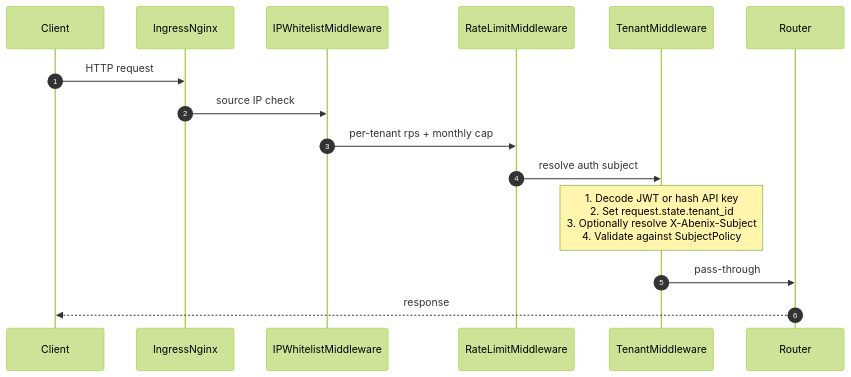
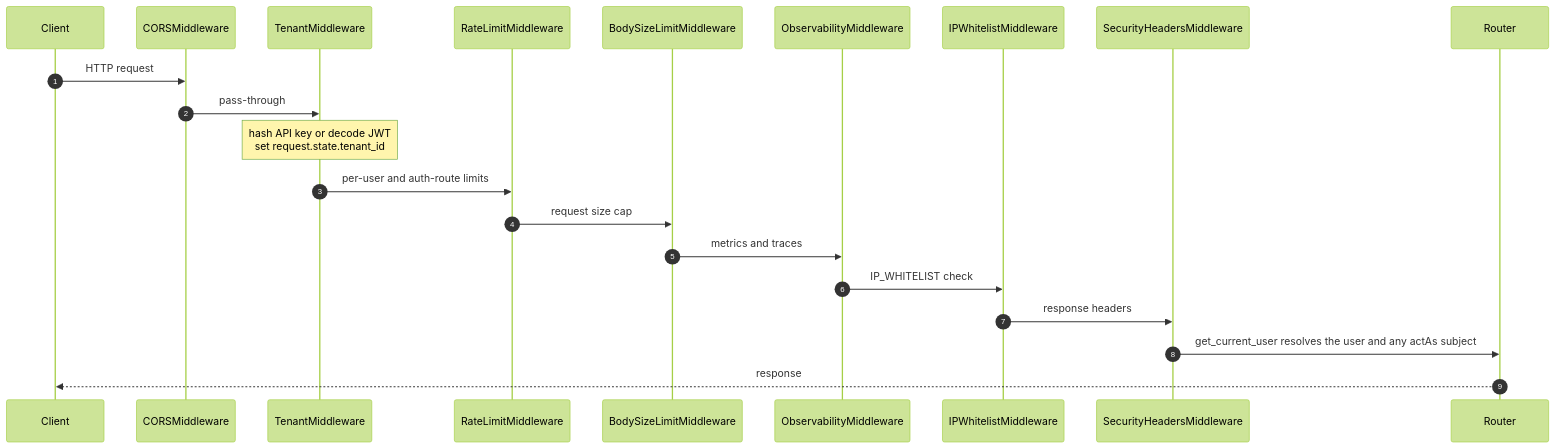
Before and after one commit to sarkar4777/abenix: the second of 4 diagrams in apps/web/public/dev-docs/01-architecture/01-tenants-rbac.md, drawn with Mermaid (forest theme). The commit also changed other lines of this file and 623 other files, not shown here.

````diff
--- a/apps/web/public/dev-docs/01-architecture/01-tenants-rbac.md
+++ b/apps/web/public/dev-docs/01-architecture/01-tenants-rbac.md
@@ -37,11 +37,14 @@
 ```mermaid
 sequenceDiagram
   autonumber
-  Client->>IngressNginx: HTTP request
-  IngressNginx->>IPWhitelistMiddleware: source IP check
-  IPWhitelistMiddleware->>RateLimitMiddleware: per-tenant rps + monthly cap
-  RateLimitMiddleware->>TenantMiddleware: resolve auth subject
-  Note over TenantMiddleware: 1. Decode JWT or hash API key<br/>2. Set request.state.tenant_id<br/>3. Optionally resolve X-Abenix-Subject<br/>4. Validate against SubjectPolicy
-  TenantMiddleware->>Router: pass-through
+  Client->>CORSMiddleware: HTTP request
+  CORSMiddleware->>TenantMiddleware: pass-through
+  Note over TenantMiddleware: hash API key or decode JWT<br/>set request.state.tenant_id
+  TenantMiddleware->>RateLimitMiddleware: per-user and auth-route limits
+  RateLimitMiddleware->>BodySizeLimitMiddleware: request size cap
+  BodySizeLimitMiddleware->>ObservabilityMiddleware: metrics and traces
+  ObservabilityMiddleware->>IPWhitelistMiddleware: IP_WHITELIST check
+  IPWhitelistMiddleware->>SecurityHeadersMiddleware: response headers
+  SecurityHeadersMiddleware->>Router: get_current_user resolves the user and any actAs subject
   Router-->>Client: response
 ```
````
